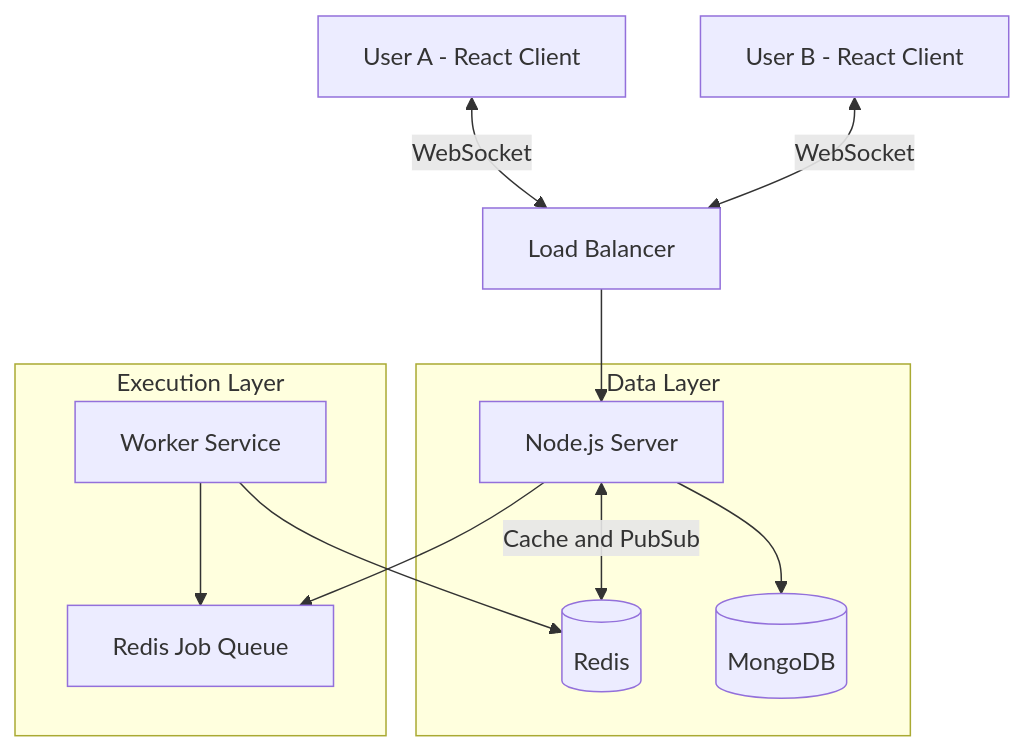
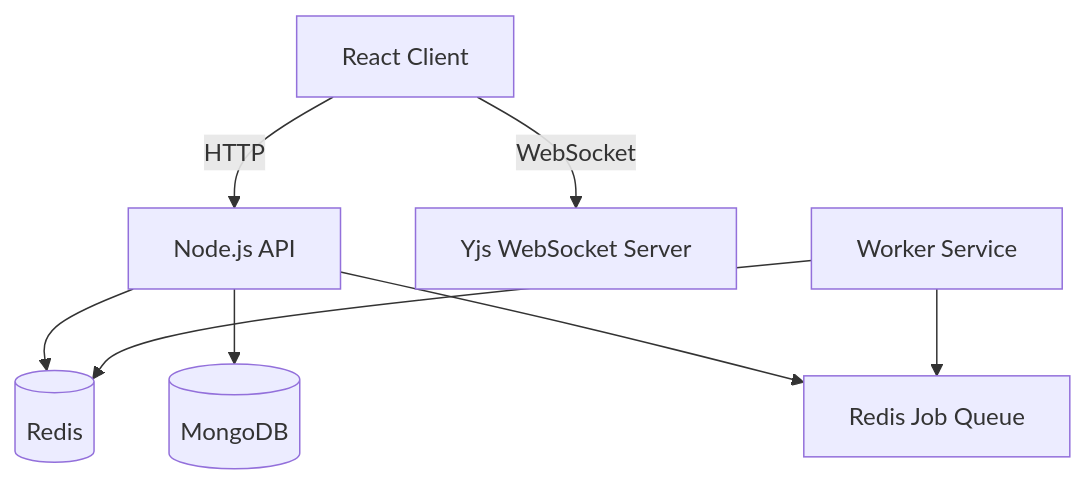
One commit to TMR2005/CollaborativeCoder changed the diagram in README.md. Above: the diagram before and after it, drawn with Mermaid.

Commit message:
Revise architecture diagram in README
Updated high-level architecture diagram in README to reflect changes in communication flow and data layer.

````diff
--- a/README.md
+++ b/README.md
@@ -36,18 +36,12 @@
 ```mermaid
 graph TD
-    A[User A - React Client] <-->|WebSocket| LB[Load Balancer]
-    B[User B - React Client] <-->|WebSocket| LB
-    LB --> S[Node.js Server]
+    A[React Client] -->|HTTP| API[Node.js API]
+    A -->|WebSocket| YJS[Yjs WebSocket Server]
 
-    subgraph Data_Layer[Data Layer]
-        S <-->|Cache and PubSub| R[(Redis)]
-        S --> M[(MongoDB)]
-    end
+    API --> Redis[(Redis)]
+    API --> Mongo[(MongoDB)]
 
-    subgraph Execution_Layer[Execution Layer]
-        S --> Q[Redis Job Queue]
-        W[Worker Service] --> Q
-        W --> R
-    end
-
+    API --> Queue[Redis Job Queue]
+    Worker[Worker Service] --> Queue
+    Worker --> Redis
 ```
````
